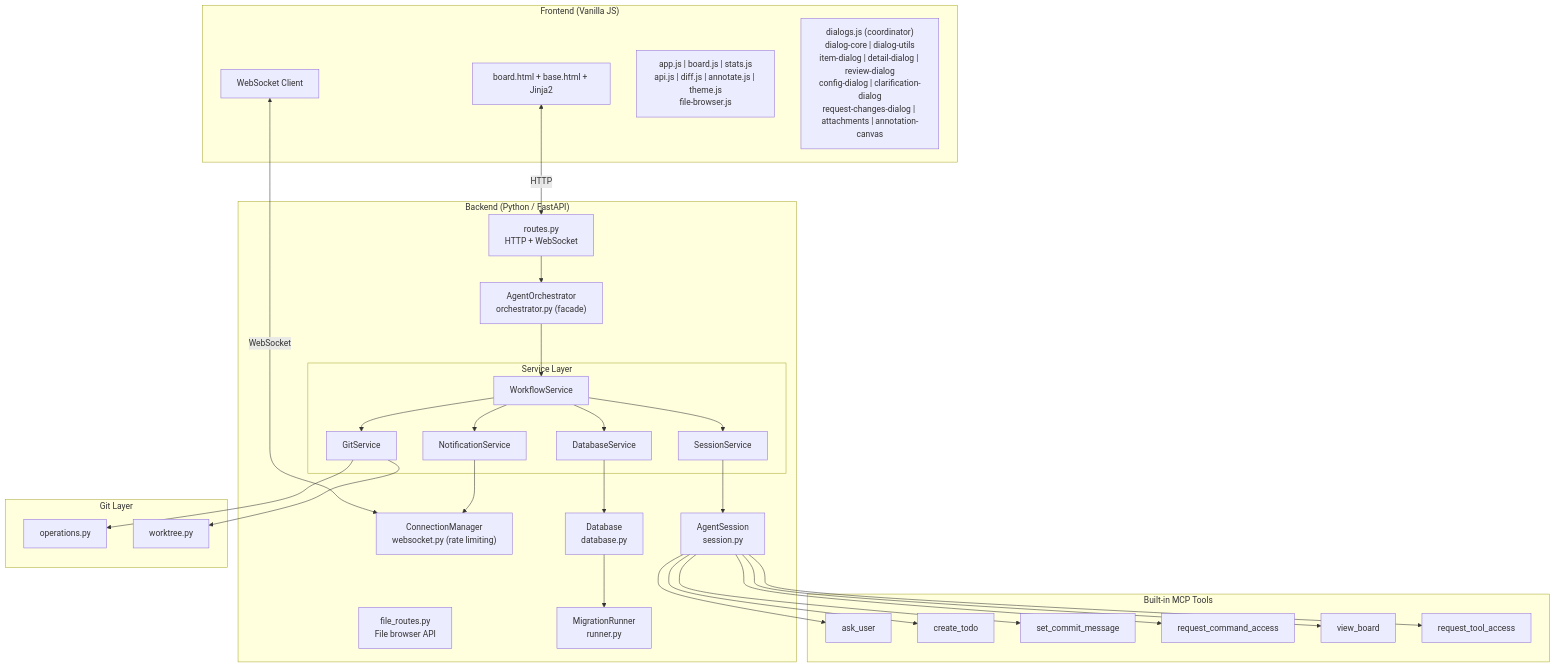
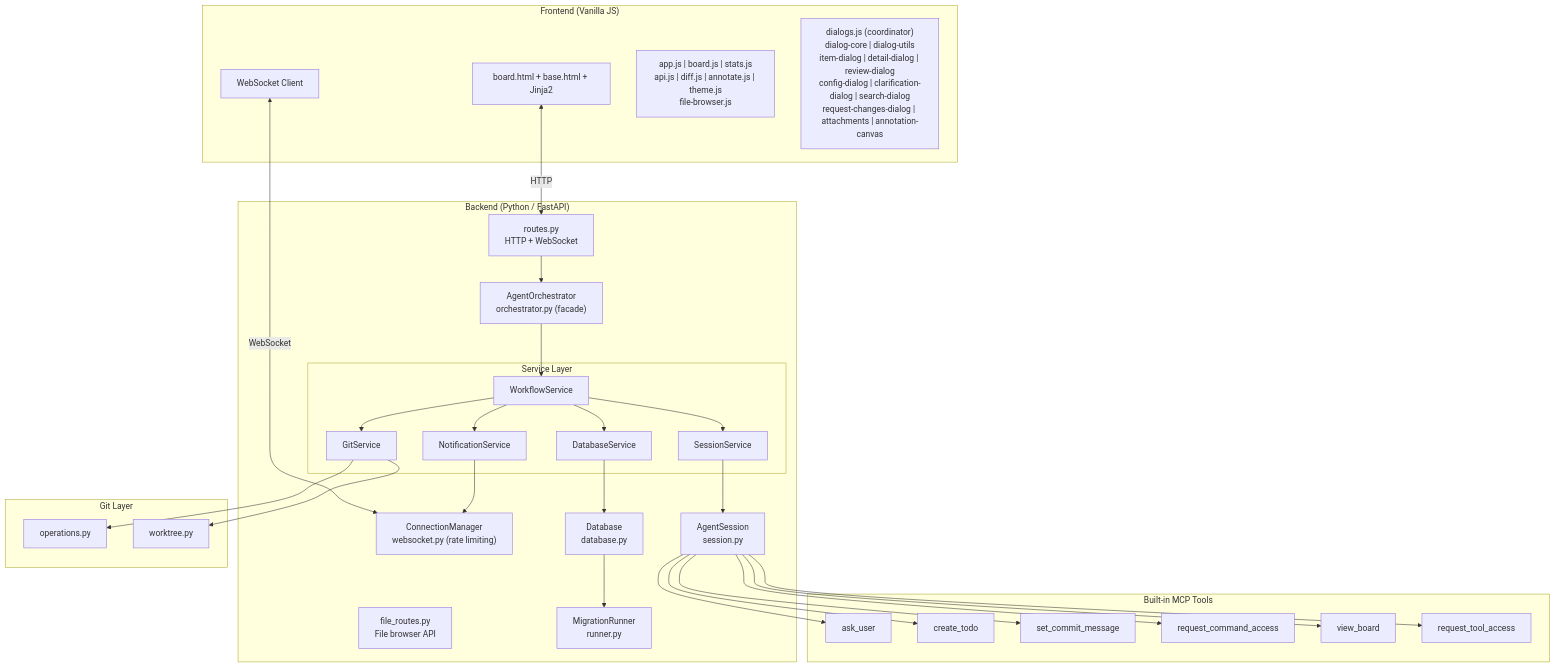
One commit to epatel/claude-agents-dashboard changed the first of 4 diagrams in CLAUDE.md. Above: the diagram before and after it, drawn with Mermaid. The commit also changed other lines of this file and 2 other files, not shown here.

Commit message:
Update all documentation for migration 008, search dialog, dirty repo detection, and archive cleanup

````diff
--- a/CLAUDE.md
+++ b/CLAUDE.md
@@ -33,61 +33,61 @@
 ```mermaid
 graph TB
     subgraph Frontend["Frontend (Vanilla JS)"]
         UI["board.html + base.html + Jinja2"]
         WS["WebSocket Client"]
         Modules["app.js | board.js | stats.js<br/>api.js | diff.js | annotate.js | theme.js<br/>file-browser.js"]
-        DlgModules["dialogs.js (coordinator)<br/>dialog-core | dialog-utils<br/>item-dialog | detail-dialog | review-dialog<br/>config-dialog | clarification-dialog<br/>request-changes-dialog | attachments | annotation-canvas"]
+        DlgModules["dialogs.js (coordinator)<br/>dialog-core | dialog-utils<br/>item-dialog | detail-dialog | review-dialog<br/>config-dialog | clarification-dialog | search-dialog<br/>request-changes-dialog | attachments | annotation-canvas"]
     end
 
     subgraph Backend["Backend (Python / FastAPI)"]
         R["routes.py<br/>HTTP + WebSocket"]
         FR["file_routes.py<br/>File browser API"]
         WSM["ConnectionManager<br/>websocket.py (rate limiting)"]
         O["AgentOrchestrator<br/>orchestrator.py (facade)"]
         subgraph SvcLayer["Service Layer"]
             WF["WorkflowService"]
             DBS["DatabaseService"]
             NS["NotificationService"]
             GS["GitService"]
             SS["SessionService"]
         end
         Sess["AgentSession<br/>session.py"]
         D["Database<br/>database.py"]
         M["MigrationRunner<br/>runner.py"]
     end
 
     subgraph MCPTools["Built-in MCP Tools"]
         C["ask_user"]
         T["create_todo"]
         CM["set_commit_message"]
         CA["request_command_access"]
         BV["view_board"]
         TA["request_tool_access"]
     end
 
     subgraph Git["Git Layer"]
         GO["operations.py"]
         GW["worktree.py"]
     end
 
     UI <-->|"HTTP"| R
     WS <-->|"WebSocket"| WSM
     R --> O
     O --> WF
     WF --> DBS
     WF --> GS
     WF --> NS
     WF --> SS
     SS --> Sess
     Sess --> C
     Sess --> T
     Sess --> CM
     Sess --> CA
     Sess --> BV
     Sess --> TA
     DBS --> D
     NS --> WSM
     D --> M
     GS --> GO
     GS --> GW
 ```
````
